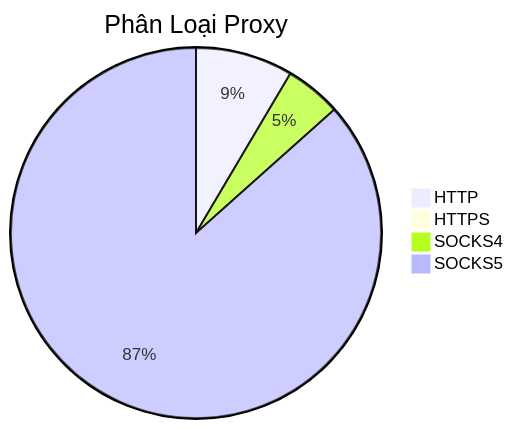
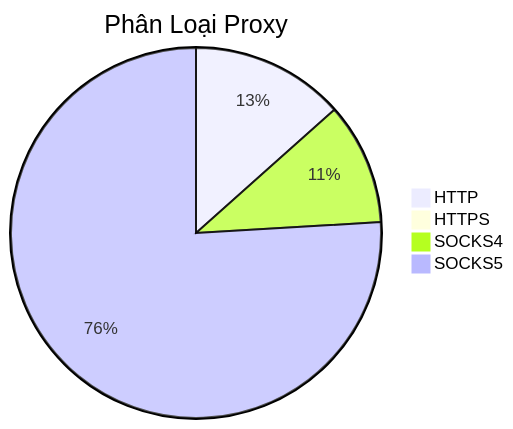
The diagram in README.md (Ciara-Aa/PROXY-free), drawn with Mermaid before and after one commit. The commit also changed other lines of this file and 4 other files, not shown here.

````diff
--- a/README.md
+++ b/README.md
@@ -26,7 +26,7 @@
 ```mermaid
 pie title Phân Loại Proxy
-    "HTTP" : 441
-    "HTTPS" : 2
-    "SOCKS4" : 254
-    "SOCKS5" : 4491
+    "HTTP" : 364
+    "HTTPS" : 1
+    "SOCKS4" : 289
+    "SOCKS5" : 2061
 ```
````
